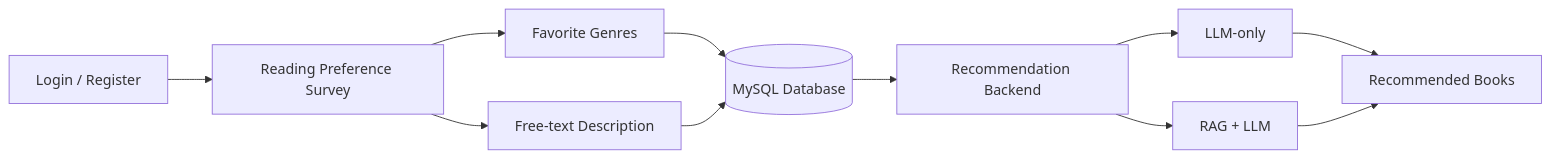
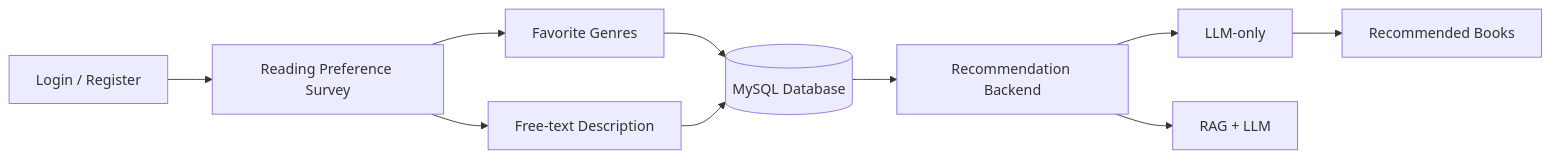
The diagram in README.md (Fuyuki0312/Reading-app-Lunaria), drawn with Mermaid before and after one commit. The commit also changed other lines of this file, not shown here.

````diff
--- a/README.md
+++ b/README.md
@@ -62,18 +62,17 @@
 ```mermaid
 flowchart LR
 
 A[Login / Register] --> B[Reading Preference Survey]
 
 B --> C[Favorite Genres]
 B --> D[Free-text Description]
 
 C --> E[(MySQL Database)]
 D --> E
 
 E --> F[Recommendation Backend]
 F --> G[LLM-only]
 F --> H[RAG + LLM]
 
 G --> I[Recommended Books]
-H --> I
 ```
````
